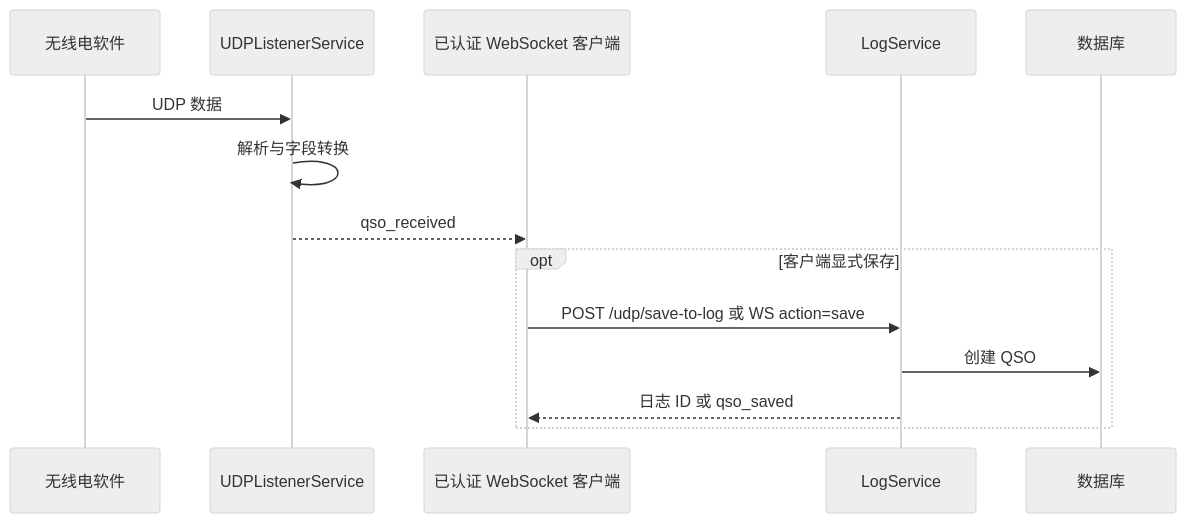
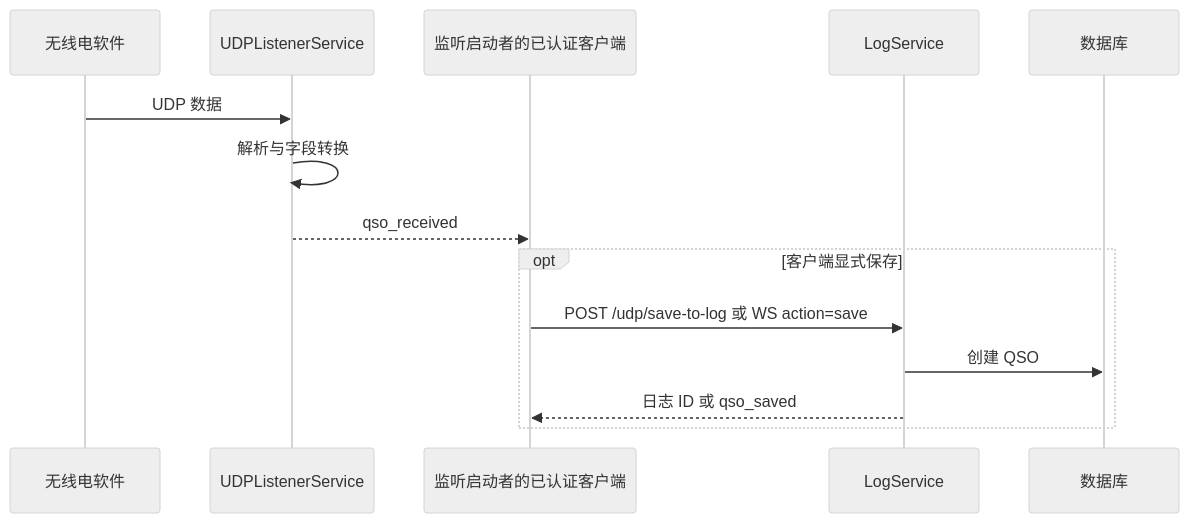
Diagram 16 of 16 in doc/11_系统架构图.md (NanamiKite/radioManger), drawn with Mermaid (neutral theme) before and after one commit. The commit also changed other lines of this file and 103 other files, not shown here.

````diff
--- a/doc/11_系统架构图.md
+++ b/doc/11_系统架构图.md
@@ -312,16 +308,16 @@
 ```mermaid
 sequenceDiagram
     participant Radio as 无线电软件
     participant UDP as UDPListenerService
-    participant UI as 已认证 WebSocket 客户端
+    participant UI as 监听启动者的已认证客户端
     participant Log as LogService
     participant DB as 数据库
     Radio->>UDP: UDP 数据
     UDP->>UDP: 解析与字段转换
     UDP-->>UI: qso_received
     opt 客户端显式保存
         UI->>Log: POST /udp/save-to-log 或 WS action=save
         Log->>DB: 创建 QSO
         Log-->>UI: 日志 ID 或 qso_saved
     end
 ```
````
